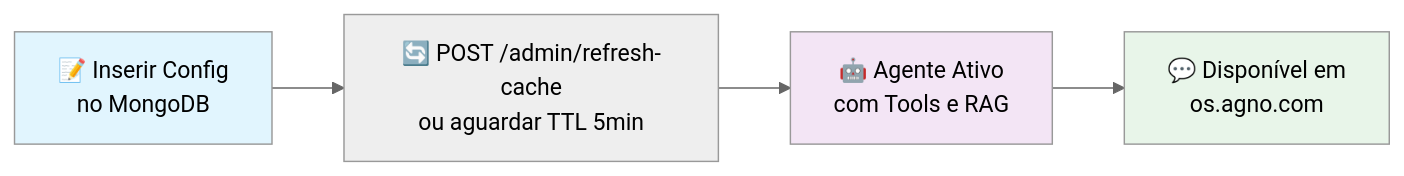
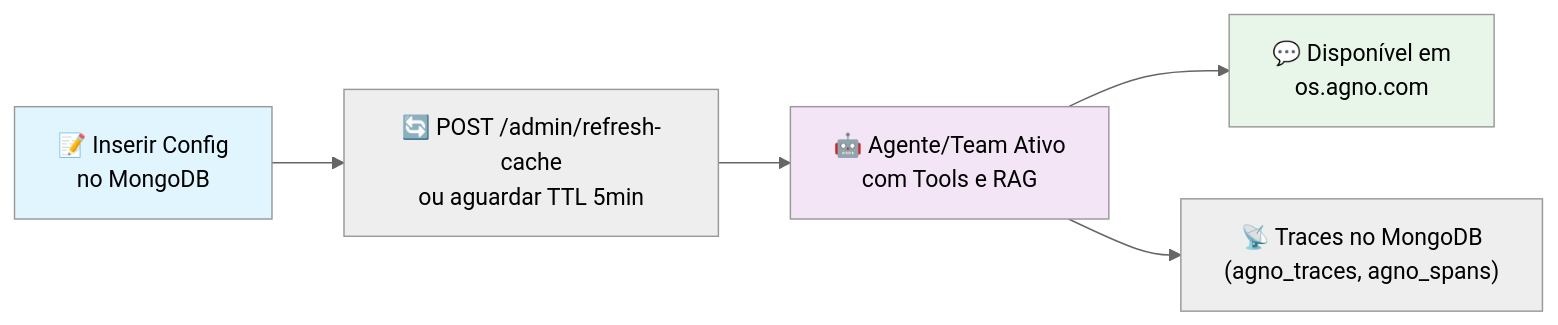
The third of 4 diagrams in README.pt-br.md (Mosfet04/orquestradorIAPythonArgo), drawn with Mermaid (neutral theme) before and after one commit. The commit also changed other lines of this file and 2 other files, not shown here.

````diff
--- a/README.pt-br.md
+++ b/README.pt-br.md
@@ -314,10 +326,11 @@
 ```mermaid
 graph LR
     A["📝 Inserir Config<br/>no MongoDB"] --> B["🔄 POST /admin/refresh-cache<br/>ou aguardar TTL 5min"]
-    B --> C["🤖 Agente Ativo<br/>com Tools e RAG"]
+    B --> C["🤖 Agente/Team Ativo<br/>com Tools e RAG"]
     C --> D["💬 Disponível em<br/>os.agno.com"]
+    C --> E["📡 Traces no MongoDB<br/>(agno_traces, agno_spans)"]
 
     style A fill:#e1f5fe
     style C fill:#f3e5f5
     style D fill:#e8f5e9
 ```
````
